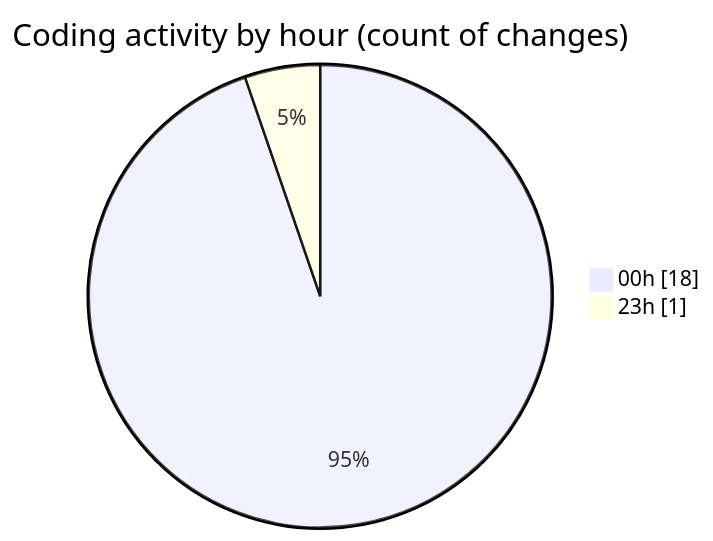
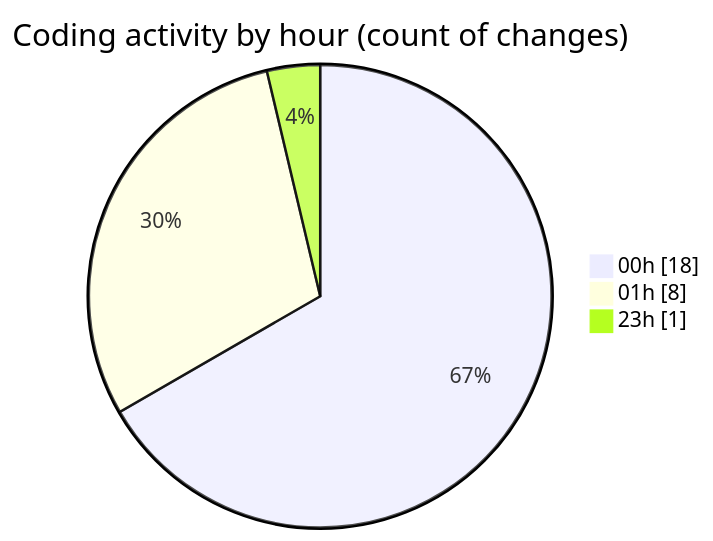
The second of 2 diagrams in 2025-01-02/uber_clone/README.md (donsfak/code-tracking), drawn with Mermaid before and after one commit. The commit also changed other lines of this file and 1 other file, not shown here.

````diff
--- a/2025-01-02/uber_clone/README.md
+++ b/2025-01-02/uber_clone/README.md
@@ -29,6 +33,7 @@
 ```mermaid
 pie showData
 title Coding activity by hour (count of changes)
 "00h" : 18
+"01h" : 8
 "23h" : 1
 ```
````
